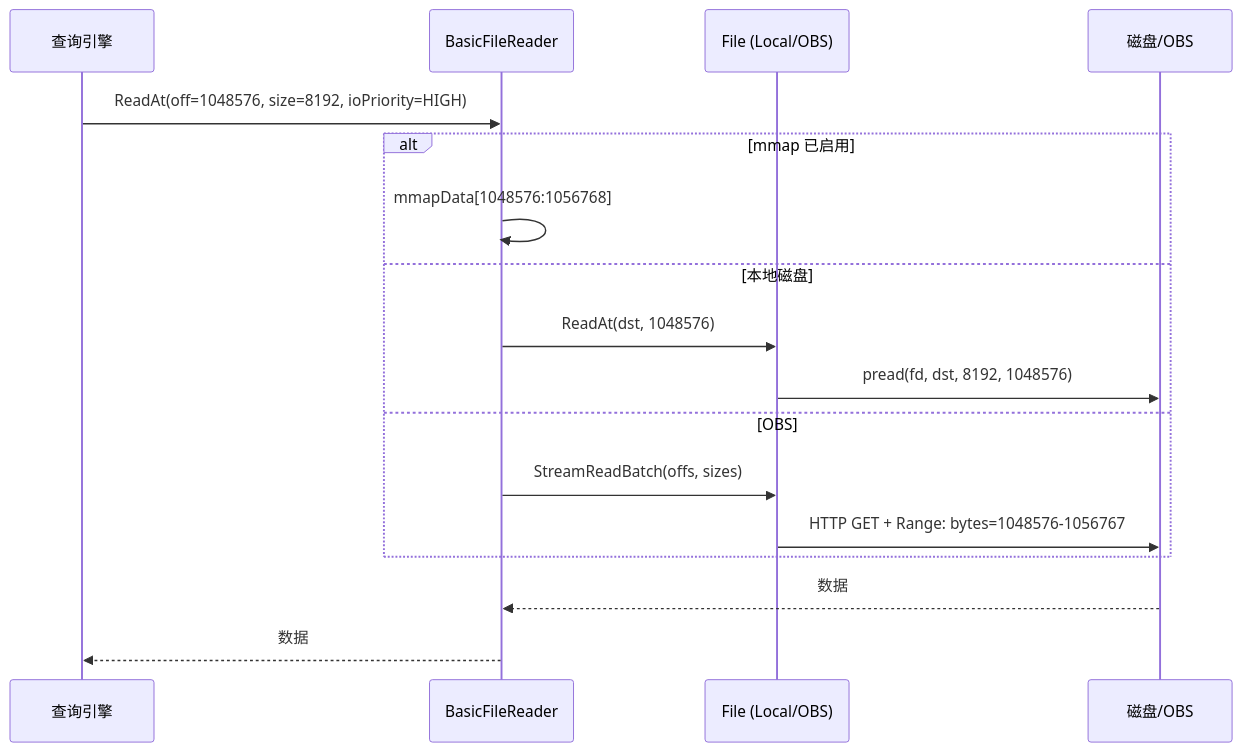
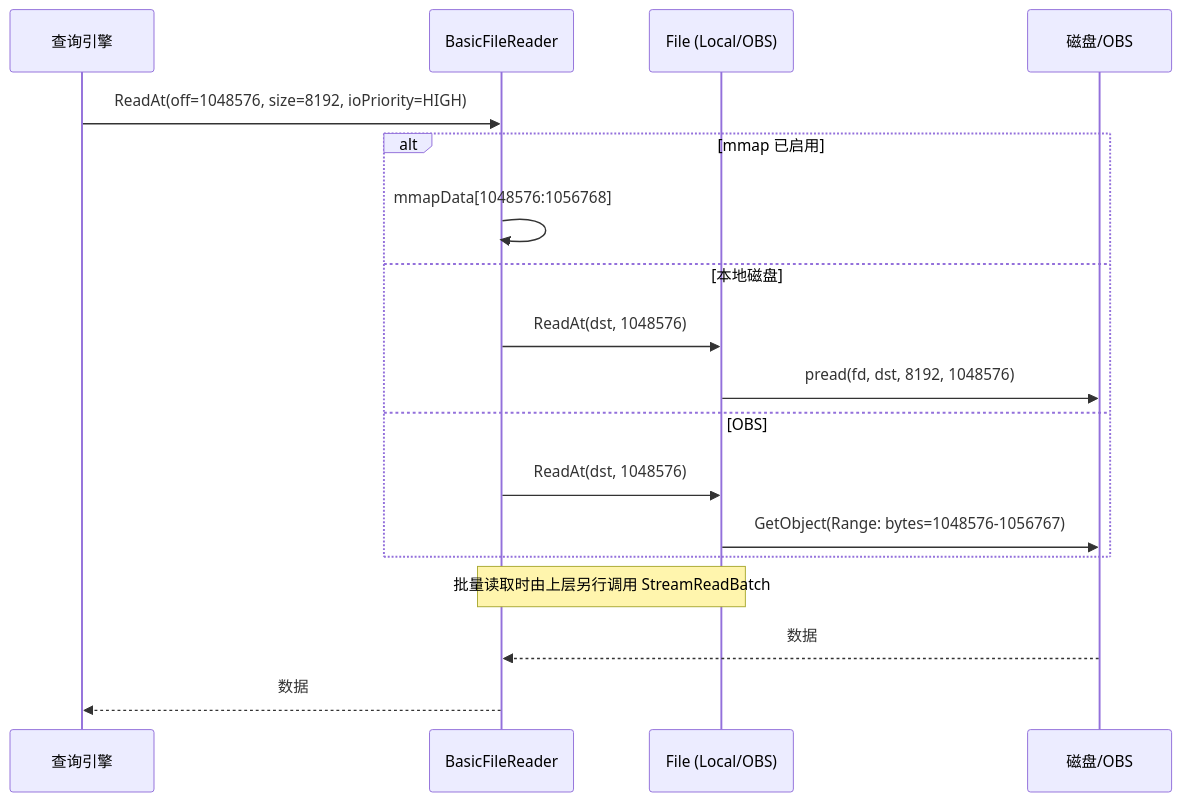
Diagram 12 of 12 in docs/specs/29_fileops_abstraction_spec.md (stefanv5/openGemini), drawn with Mermaid before and after one commit. The commit also changed other lines of this file and 37 other files, not shown here.

````diff
--- a/docs/specs/29_fileops_abstraction_spec.md
+++ b/docs/specs/29_fileops_abstraction_spec.md
@@ -1216,22 +1290,23 @@
 ```mermaid
 sequenceDiagram
     participant Query as 查询引擎
     participant Reader as BasicFileReader
     participant File as File (Local/OBS)
     participant Disk as 磁盘/OBS
 
     Query->>Reader: ReadAt(off=1048576, size=8192, ioPriority=HIGH)
 
     alt mmap 已启用
         Reader->>Reader: mmapData[1048576:1056768]
     else 本地磁盘
         Reader->>File: ReadAt(dst, 1048576)
         File->>Disk: pread(fd, dst, 8192, 1048576)
     else OBS
-        Reader->>File: StreamReadBatch(offs, sizes)
-        File->>Disk: HTTP GET + Range: bytes=1048576-1056767
+        Reader->>File: ReadAt(dst, 1048576)
+        File->>Disk: GetObject(Range: bytes=1048576-1056767)
     end
+    Note over Reader,File: 批量读取时由上层另行调用 StreamReadBatch
 
     Disk-->>Reader: 数据
     Reader-->>Query: 数据
 ```
````
